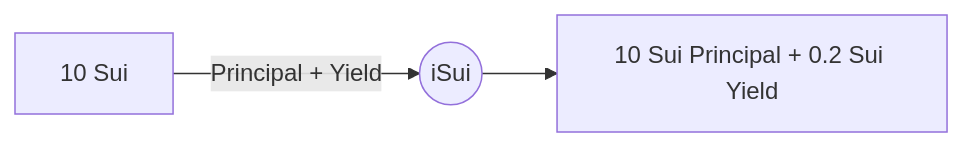
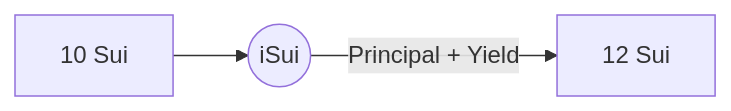
One commit to interest-protocol/interest-lst changed the first of 2 diagrams in README.md. Above: the diagram before and after it, drawn with Mermaid. The commit also changed other lines of this file, not shown here.

Commit message:
docs: improve README.md

````diff
--- a/README.md
+++ b/README.md
@@ -35,5 +35,5 @@
 ```mermaid
 graph LR
-A[10 Sui] -- Principal + Yield --> B((iSui))
-B --> C[10 Sui Principal + 0.2 Sui Yield]
+A[10 Sui] --> B((iSui))
+B -- Principal + Yield --> C[12 Sui]
 ```
````
